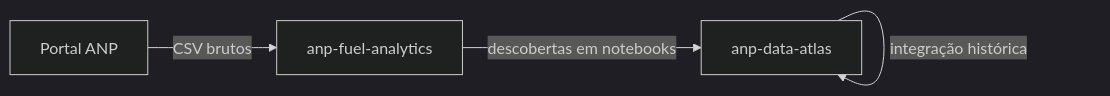
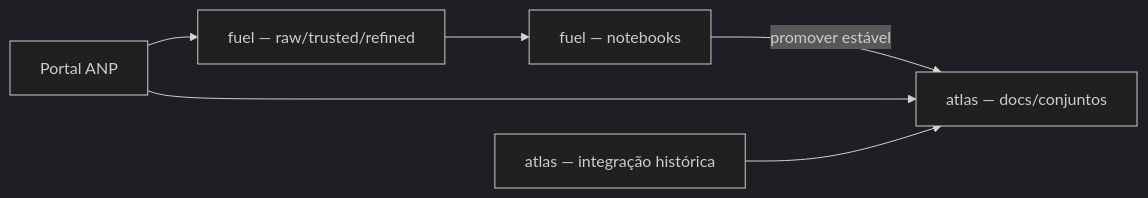
Before and after one commit to GabrielTrentino/anp-fuel-analytics: the second of 2 diagrams in README.md, drawn with Mermaid (dark theme). The commit also changed other lines of this file, not shown here.

First line of the commit message:
Documenta fluxo de processamento e regras de promoção para o atlas.

````diff
--- a/README.md
+++ b/README.md
@@ -94,9 +159,14 @@
 ```mermaid
 flowchart LR
   ANP[Portal ANP]
-  Fuel[anp-fuel-analytics]
-  Atlas[anp-data-atlas]
-  ANP -->|CSV brutos| Fuel
-  Fuel -->|descobertas em notebooks| Atlas
-  Atlas -->|integração histórica| Atlas
+  FuelETL[fuel — raw/trusted/refined]
+  FuelNB[fuel — notebooks]
+  AtlasDoc[atlas — docs/conjuntos]
+  AtlasETL[atlas — integração histórica]
+
+  ANP --> FuelETL
+  FuelETL --> FuelNB
+  FuelNB -->|promover estável| AtlasDoc
+  ANP --> AtlasDoc
+  AtlasETL --> AtlasDoc
 ```
````
